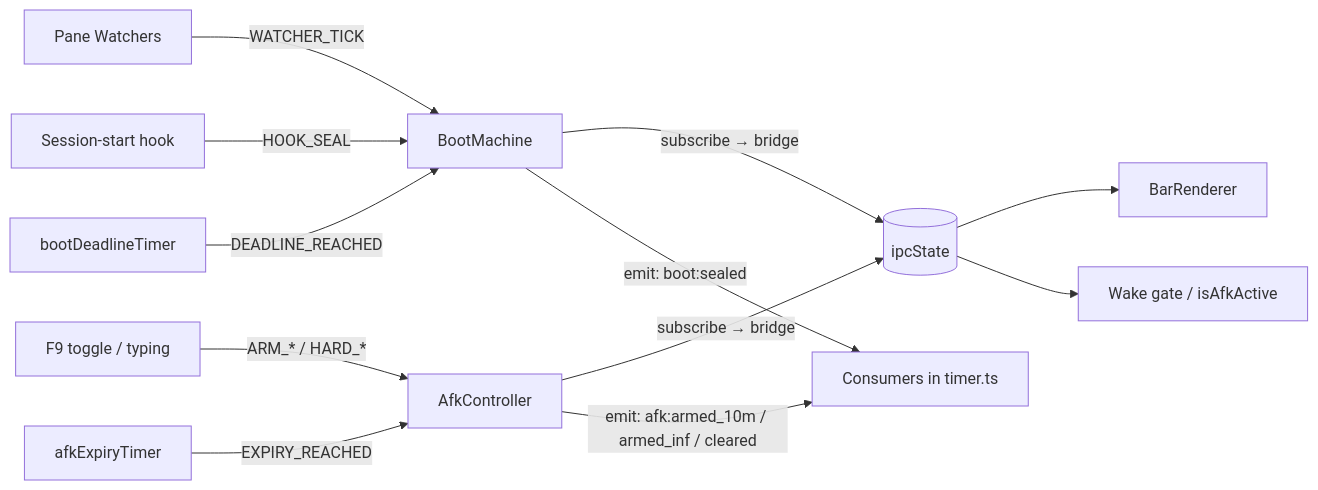
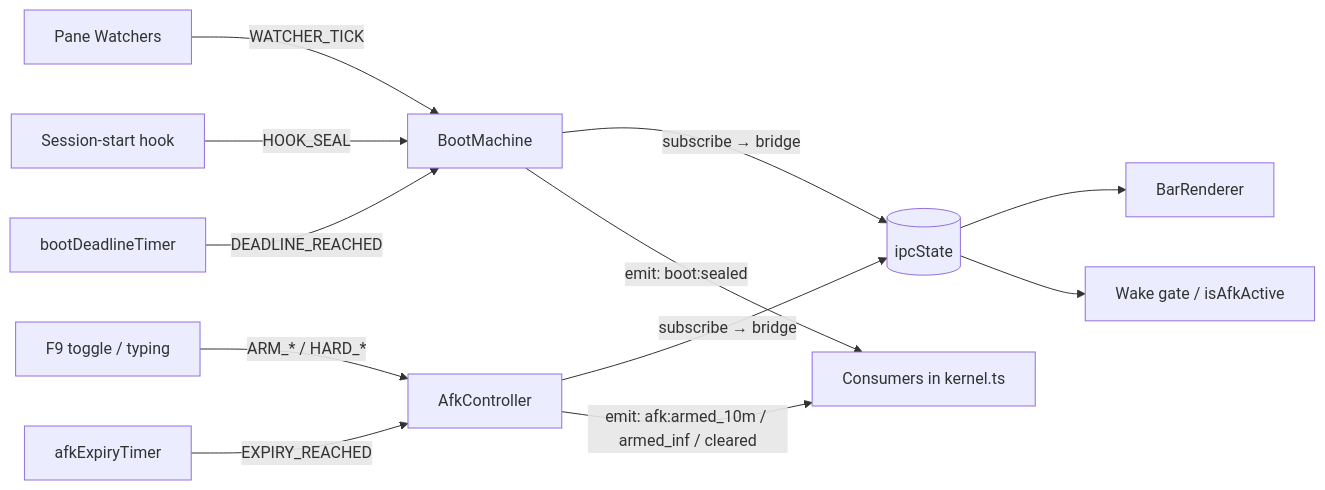
One commit to quazardous/aiball changed the diagram in docs/SM-NETWORK.md. Above: the diagram before and after it, drawn with Mermaid. The commit also changed other lines of this file and 14 other files, not shown here.

````diff
--- a/docs/SM-NETWORK.md
+++ b/docs/SM-NETWORK.md
@@ -67,14 +67,14 @@
 ```mermaid
 graph LR
   Watchers[Pane Watchers] -- "WATCHER_TICK" --> Boot[BootMachine]
   Hooks[Session-start hook] -- "HOOK_SEAL" --> Boot
   Pump[bootDeadlineTimer] -- "DEADLINE_REACHED" --> Boot
   Boot -- "subscribe → bridge" --> Ipc[(ipcState)]
   F9[F9 toggle / typing] -- "ARM_* / HARD_*" --> Afk[AfkController]
   AfkPump[afkExpiryTimer] -- "EXPIRY_REACHED" --> Afk
   Afk -- "subscribe → bridge" --> Ipc
   Afk -- "emit: afk:armed_10m / armed_inf / cleared" --> Consumers
-  Boot -- "emit: boot:sealed" --> Consumers[Consumers in timer.ts]
+  Boot -- "emit: boot:sealed" --> Consumers[Consumers in kernel.ts]
   Ipc --> BarRenderer
   Ipc --> WakeGate[Wake gate / isAfkActive]
 ```
````
